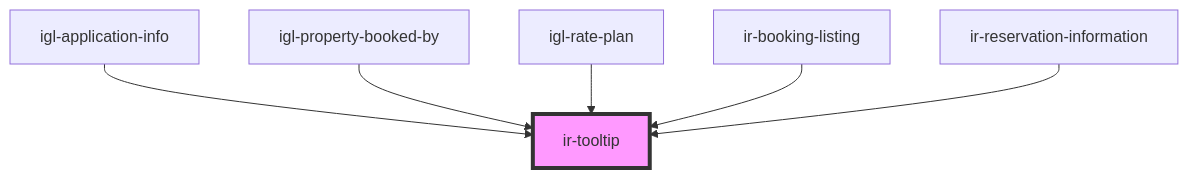
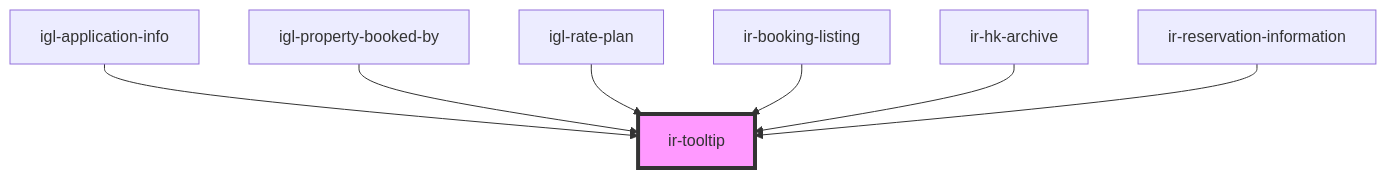
Before and after one commit to RonyRizk/ir-webcmp: the diagram in src/components/ui/ir-tooltip/readme.md, drawn with Mermaid. The commit also changed other lines of this file and 293 other files, not shown here.

````diff
--- a/src/components/ui/ir-tooltip/readme.md
+++ b/src/components/ui/ir-tooltip/readme.md
@@ -28,9 +30,10 @@
 ```mermaid
 graph TD;
   igl-application-info --> ir-tooltip
   igl-property-booked-by --> ir-tooltip
   igl-rate-plan --> ir-tooltip
   ir-booking-listing --> ir-tooltip
+  ir-hk-archive --> ir-tooltip
   ir-reservation-information --> ir-tooltip
   style ir-tooltip fill:#f9f,stroke:#333,stroke-width:4px
 ```
````
